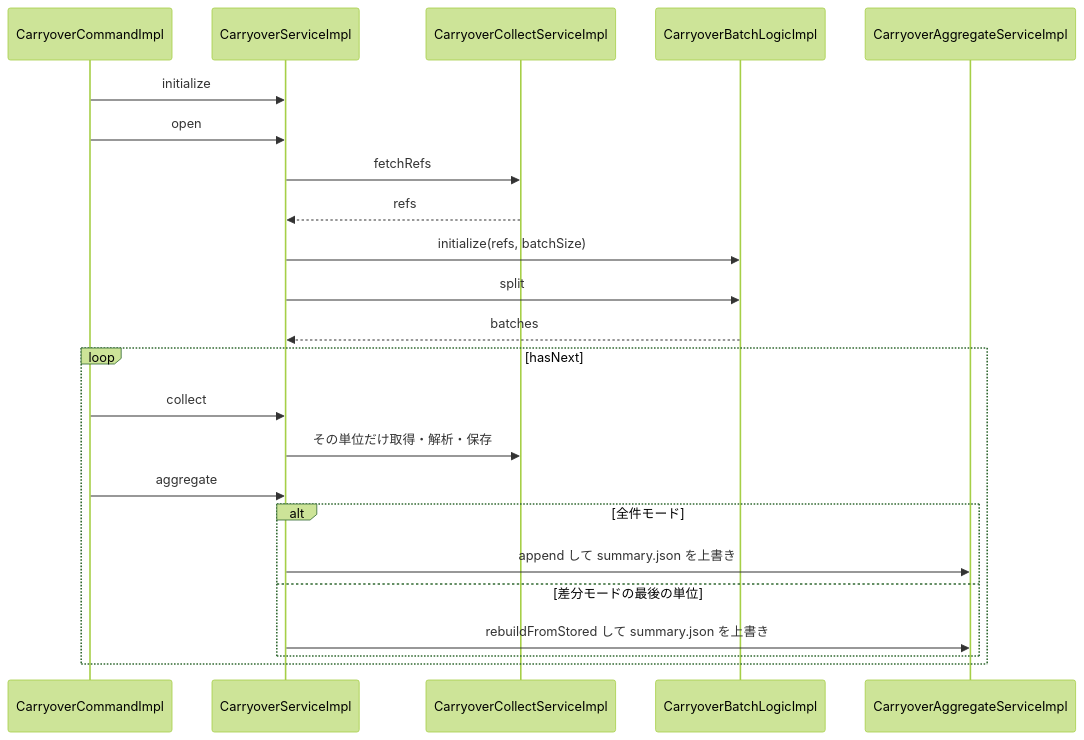
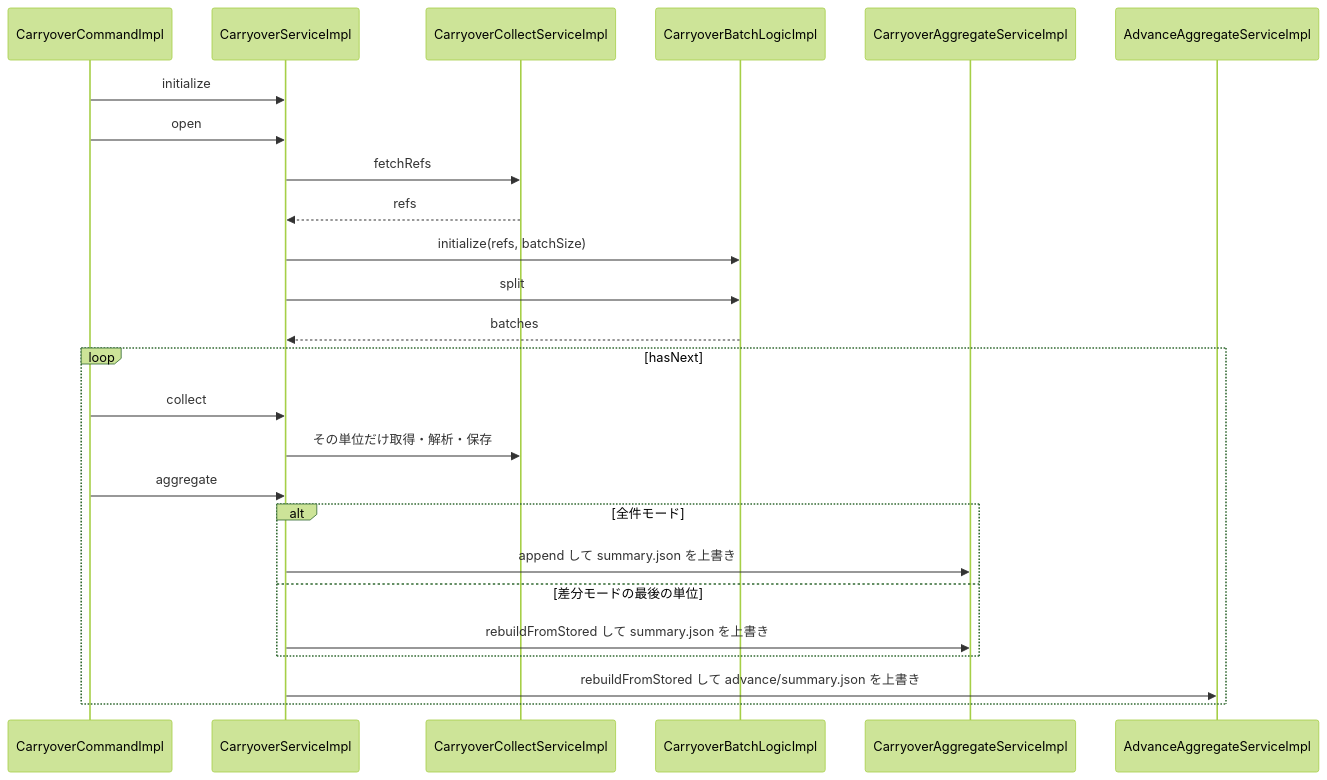
The first of 3 diagrams in docs/design/backend/03-processing.md (KenichiroArai/kb002_daily-tasks_doc), drawn with Mermaid (forest theme) before and after one commit. The commit also changed other lines of this file and 16 other files, not shown here.

````diff
--- a/docs/design/backend/03-processing.md
+++ b/docs/design/backend/03-processing.md
@@ -46,25 +48,27 @@
 ```mermaid
 sequenceDiagram
   participant Command as CarryoverCommandImpl
   participant Service as CarryoverServiceImpl
   participant Collect as CarryoverCollectServiceImpl
   participant Batch as CarryoverBatchLogicImpl
   participant Aggregate as CarryoverAggregateServiceImpl
+  participant Advance as AdvanceAggregateServiceImpl
   Command->>Service: initialize
   Command->>Service: open
   Service->>Collect: fetchRefs
   Collect-->>Service: refs
   Service->>Batch: initialize(refs, batchSize)
   Service->>Batch: split
   Batch-->>Service: batches
   loop hasNext
     Command->>Service: collect
     Service->>Collect: その単位だけ取得・解析・保存
     Command->>Service: aggregate
     alt 全件モード
       Service->>Aggregate: append して summary.json を上書き
     else 差分モードの最後の単位
       Service->>Aggregate: rebuildFromStored して summary.json を上書き
     end
+    Service->>Advance: rebuildFromStored して advance/summary.json を上書き
   end
 ```
````
